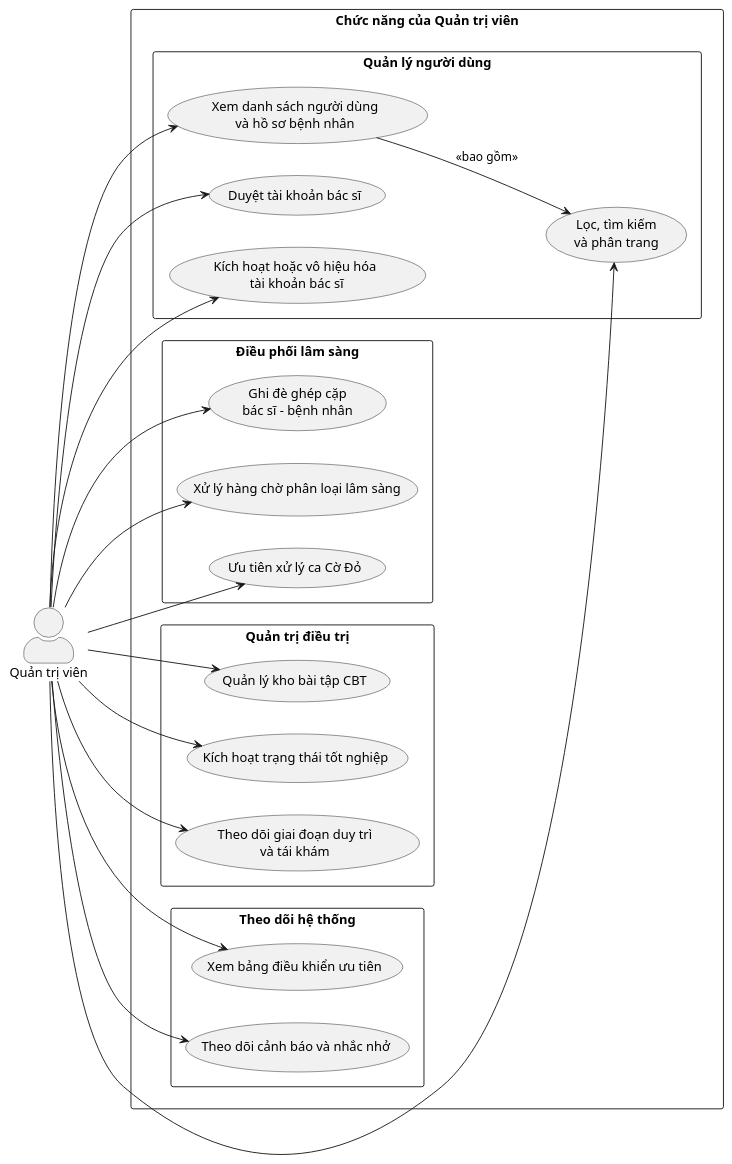
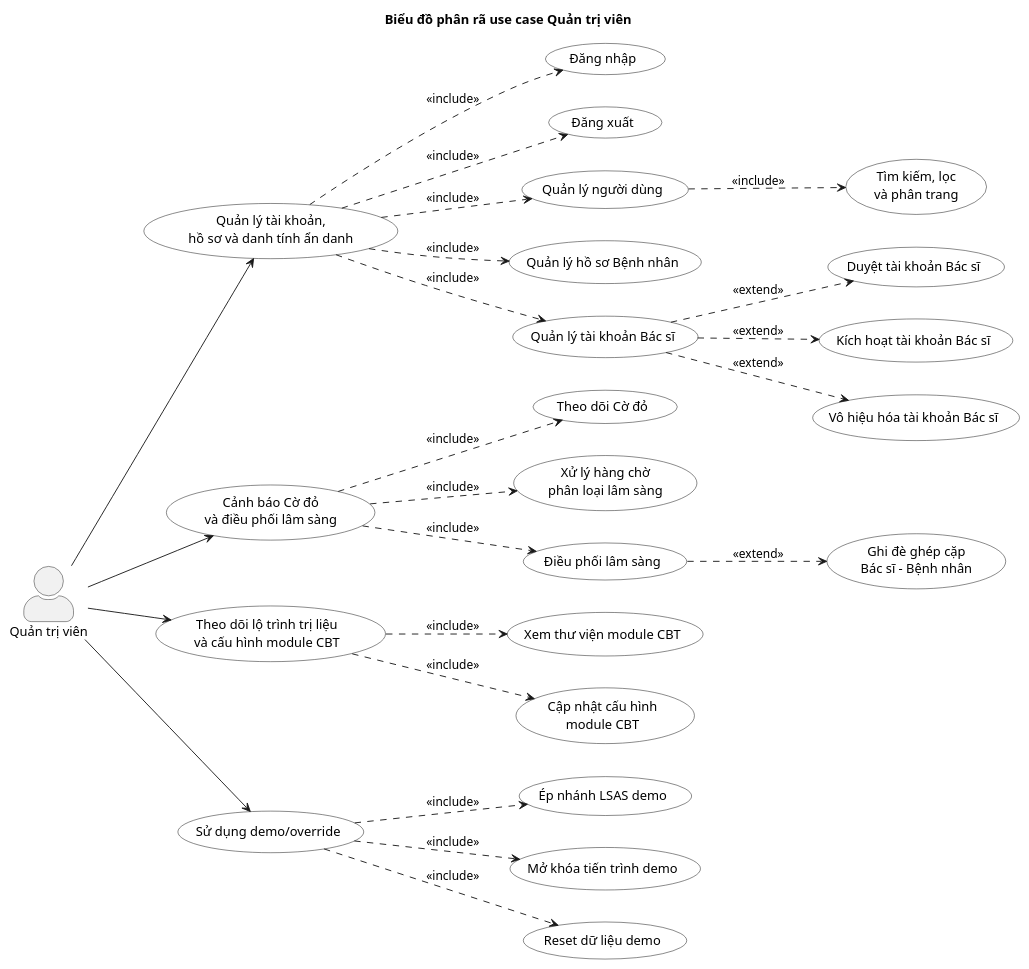
One commit to phuongtech24/do_an changed the diagram in docs/diagrams/Usecase/usecase_admin.puml. Above: the diagram before and after it, drawn with PlantUML. The commit also changed 5 other files, not shown here.

```diff
--- a/docs/diagrams/Usecase/usecase_admin.puml
+++ b/docs/diagrams/Usecase/usecase_admin.puml
@@ -1,50 +1,68 @@
 @startuml
 left to right direction
-skinparam packageStyle rectangle
 skinparam actorStyle awesome
 skinparam defaultFontName Arial
+skinparam usecase {
+  BackgroundColor White
+  BorderColor Black
+}
+
+title Biểu đồ phân rã use case Quản trị viên
 
 actor "Quản trị viên" as Admin
 
-rectangle "Chức năng của Quản trị viên" {
+usecase "Quản lý tài khoản,\nhồ sơ và danh tính ẩn danh" as A_ACC
+usecase "Cảnh báo Cờ đỏ\nvà điều phối lâm sàng" as A_RISK
+usecase "Theo dõi lộ trình trị liệu\nvà cấu hình module CBT" as A_CBT
+usecase "Sử dụng demo/override" as A_DEMO
 
-  package "Quản lý người dùng" {
-    usecase "Xem danh sách người dùng\nvà hồ sơ bệnh nhân" as A1
-    usecase "Lọc, tìm kiếm\nvà phân trang" as A2
-    usecase "Duyệt tài khoản bác sĩ" as A3
-    usecase "Kích hoạt hoặc vô hiệu hóa\n tài khoản bác sĩ" as A4
-  }
+usecase "Đăng nhập" as A1
+usecase "Đăng xuất" as A2
+usecase "Quản lý người dùng" as A3
+usecase "Tìm kiếm, lọc\nvà phân trang" as A4
+usecase "Quản lý hồ sơ Bệnh nhân" as A5
+usecase "Quản lý tài khoản Bác sĩ" as A6
+usecase "Duyệt tài khoản Bác sĩ" as A7
+usecase "Kích hoạt tài khoản Bác sĩ" as A8
+usecase "Vô hiệu hóa tài khoản Bác sĩ" as A9
 
-  package "Điều phối lâm sàng" {
-    usecase "Ghi đè ghép cặp\nbác sĩ - bệnh nhân" as A5
-    usecase "Xử lý hàng chờ phân loại lâm sàng" as A6
-    usecase "Ưu tiên xử lý ca Cờ Đỏ" as A7
-  }
+usecase "Theo dõi Cờ đỏ" as A10
+usecase "Xử lý hàng chờ\nphân loại lâm sàng" as A11
+usecase "Điều phối lâm sàng" as A12
+usecase "Ghi đè ghép cặp\nBác sĩ - Bệnh nhân" as A13
 
-  package "Quản trị điều trị" {
-    usecase "Quản lý kho bài tập CBT" as A8
-    usecase "Kích hoạt trạng thái tốt nghiệp" as A9
-    usecase "Theo dõi giai đoạn duy trì\nvà tái khám" as A10
-  }
+usecase "Xem thư viện module CBT" as A14
+usecase "Cập nhật cấu hình\nmodule CBT" as A15
 
-  package "Theo dõi hệ thống" {
-    usecase "Xem bảng điều khiển ưu tiên" as A11
-    usecase "Theo dõi cảnh báo và nhắc nhở" as A12
-  }
-}
+usecase "Ép nhánh LSAS demo" as A16
+usecase "Mở khóa tiến trình demo" as A17
+usecase "Reset dữ liệu demo" as A18
 
-Admin --> A1
-Admin --> A2
-Admin --> A3
-Admin --> A4
-Admin --> A5
-Admin --> A6
-Admin --> A7
-Admin --> A8
-Admin --> A9
-Admin --> A10
-Admin --> A11
-Admin --> A12
+Admin --> A_ACC
+Admin --> A_RISK
+Admin --> A_CBT
+Admin --> A_DEMO
 
-A1 --> A2 : <<bao gồm>>
+A_ACC ..> A1 : <<include>>
+A_ACC ..> A2 : <<include>>
+A_ACC ..> A3 : <<include>>
+A_ACC ..> A5 : <<include>>
+A_ACC ..> A6 : <<include>>
+A3 ..> A4 : <<include>>
+A6 ..> A7 : <<extend>>
+A6 ..> A8 : <<extend>>
+A6 ..> A9 : <<extend>>
+
+A_RISK ..> A10 : <<include>>
+A_RISK ..> A11 : <<include>>
+A_RISK ..> A12 : <<include>>
+A12 ..> A13 : <<extend>>
+
+A_CBT ..> A14 : <<include>>
+A_CBT ..> A15 : <<include>>
+
+A_DEMO ..> A16 : <<include>>
+A_DEMO ..> A17 : <<include>>
+A_DEMO ..> A18 : <<include>>
+
 @enduml
```
